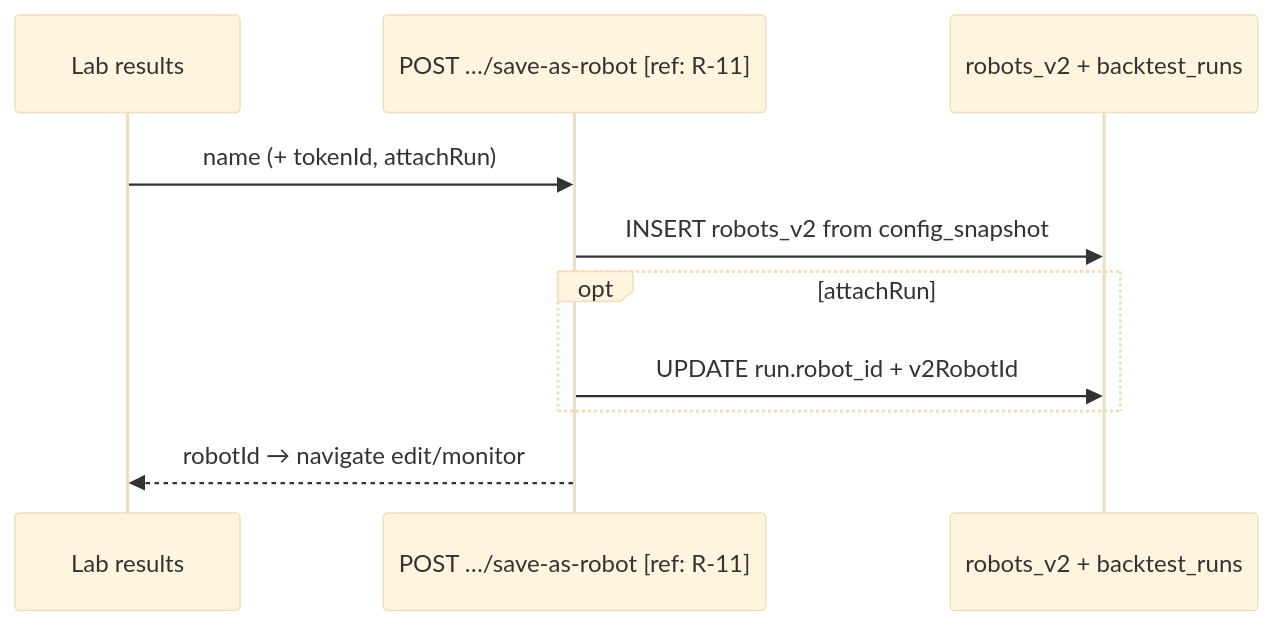
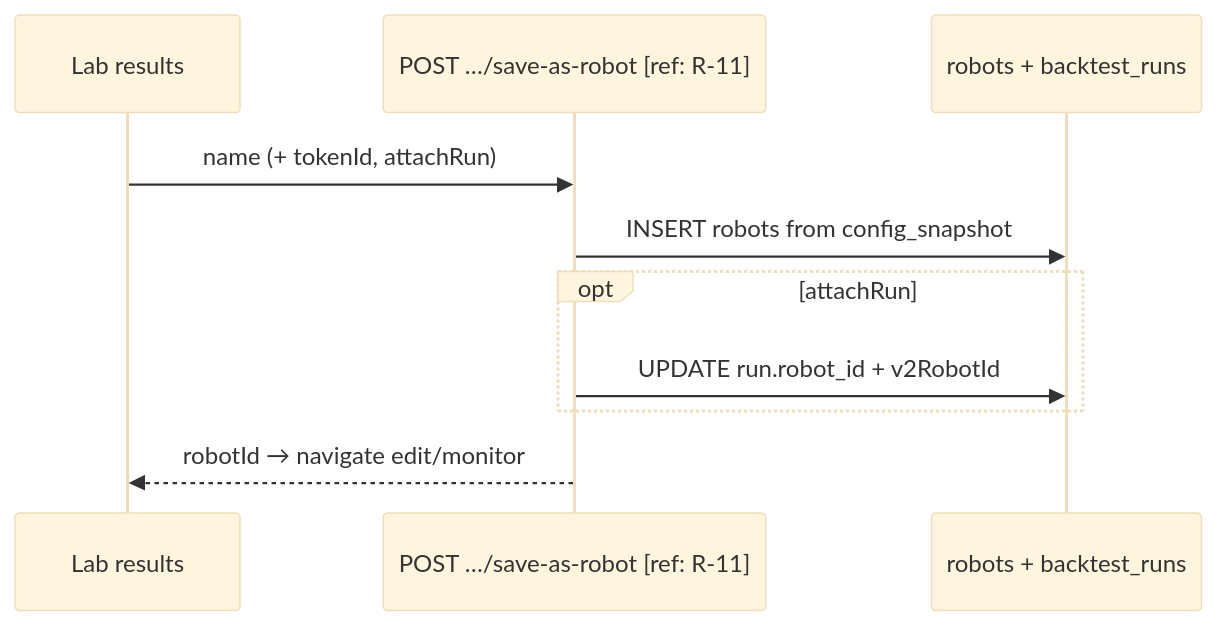
One commit to GYankovich/gin changed the fourth of 4 diagrams in docs/SPEC-05-backtest-lab-decoupled.md. Above: the diagram before and after it, drawn with Mermaid (base theme). The commit also changed other lines of this file and 665 other files, not shown here.

````diff
--- a/docs/SPEC-05-backtest-lab-decoupled.md
+++ b/docs/SPEC-05-backtest-lab-decoupled.md
@@ -308,12 +308,12 @@
 ```mermaid
 sequenceDiagram
   participant UI as Lab results
   participant API as POST …/save-as-robot [ref: R-11]
-  participant DB as robots_v2 + backtest_runs
+  participant DB as robots + backtest_runs
   UI->>API: name (+ tokenId, attachRun)
-  API->>DB: INSERT robots_v2 from config_snapshot
+  API->>DB: INSERT robots from config_snapshot
   opt attachRun
     API->>DB: UPDATE run.robot_id + v2RobotId
   end
   API-->>UI: robotId → navigate edit/monitor
 ```
````
